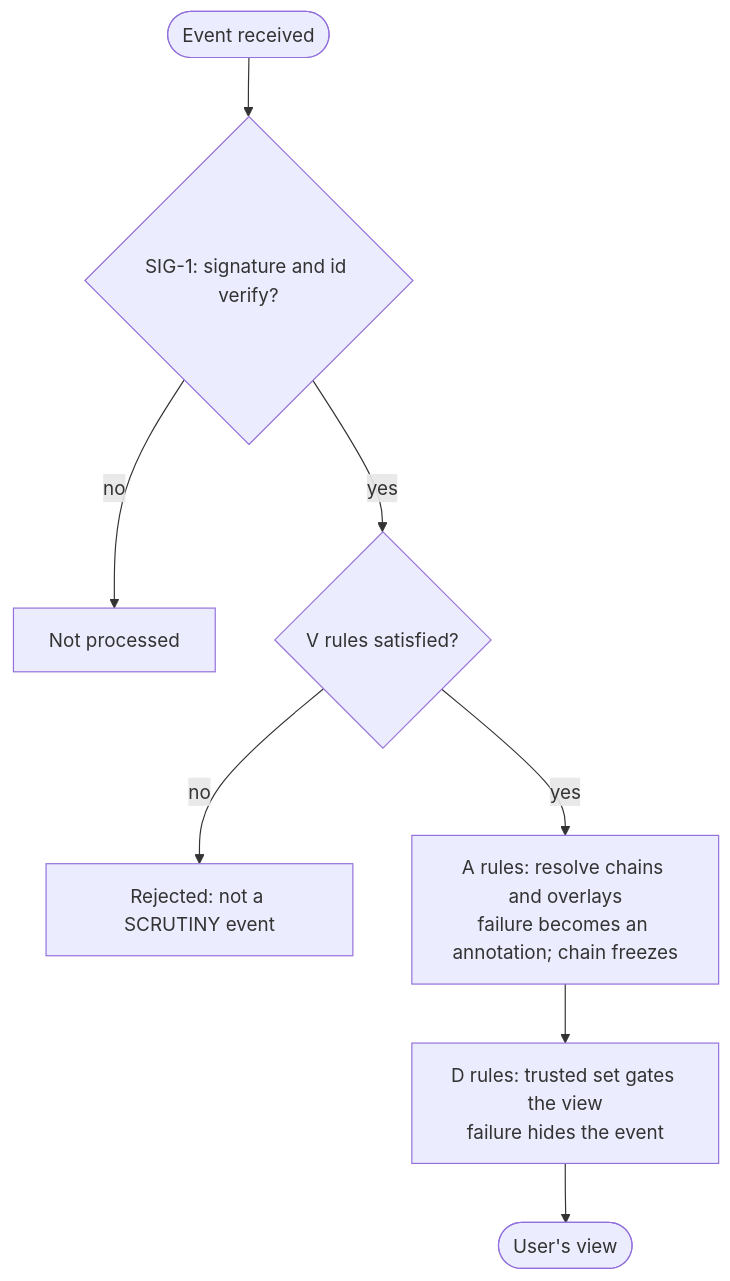
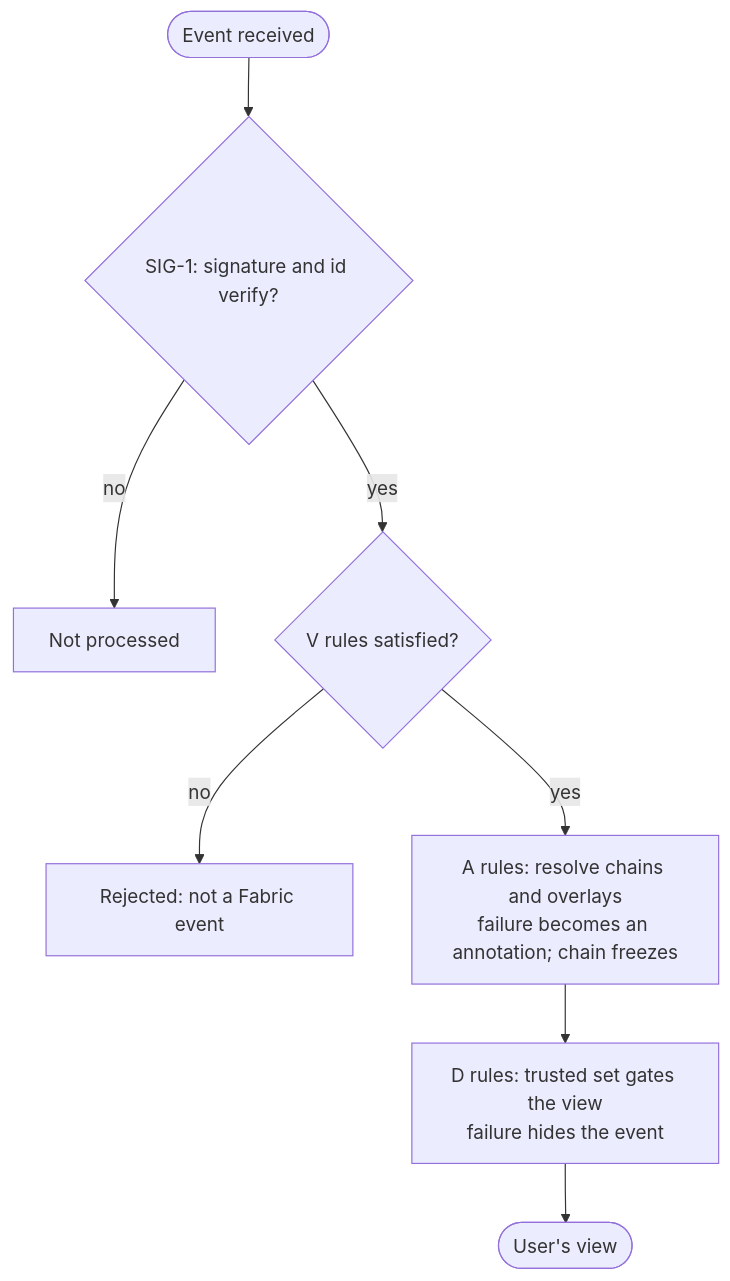
Before and after one commit to crocs-muni/scrutiny-fabric: the fifth of 9 diagrams in docs/protocol-spec.md, drawn with Mermaid. The commit also changed other lines of this file and 11 other files, not shown here.

Commit message:
docs: call events and relays Fabric events and Fabric-aware relays (SCRUTINY is the umbrella)

````diff
--- a/docs/protocol-spec.md
+++ b/docs/protocol-spec.md
@@ -576,10 +576,10 @@
 ```mermaid
 flowchart TD
     EV(["Event received"]) --> SIG{"SIG-1: signature and id verify?"}
     SIG -->|no| NP["Not processed"]
     SIG -->|yes| V{"V rules satisfied?"}
-    V -->|no| REJ["Rejected: not a SCRUTINY event"]
+    V -->|no| REJ["Rejected: not a Fabric event"]
     V -->|yes| A["A rules: resolve chains and overlays<br/>failure becomes an annotation; chain freezes"]
     A --> D["D rules: trusted set gates the view<br/>failure hides the event"]
     D --> VIEW(["User's view"])
 ```
````
